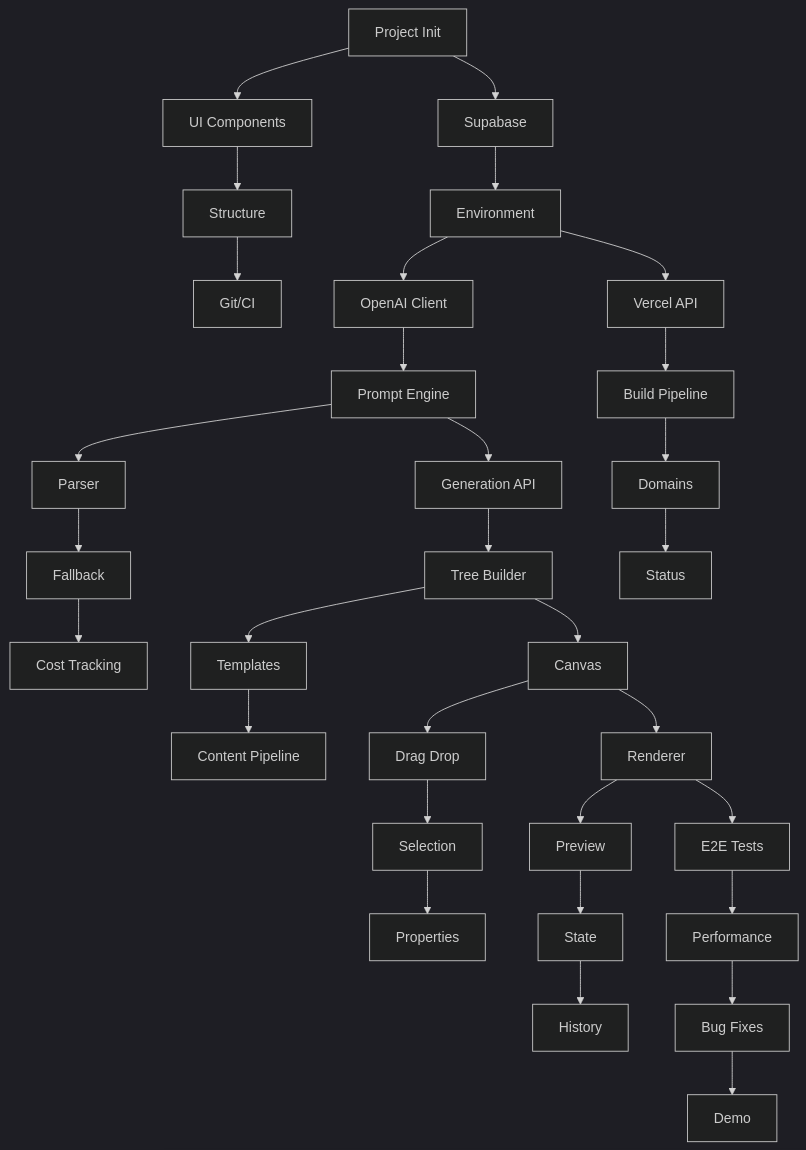
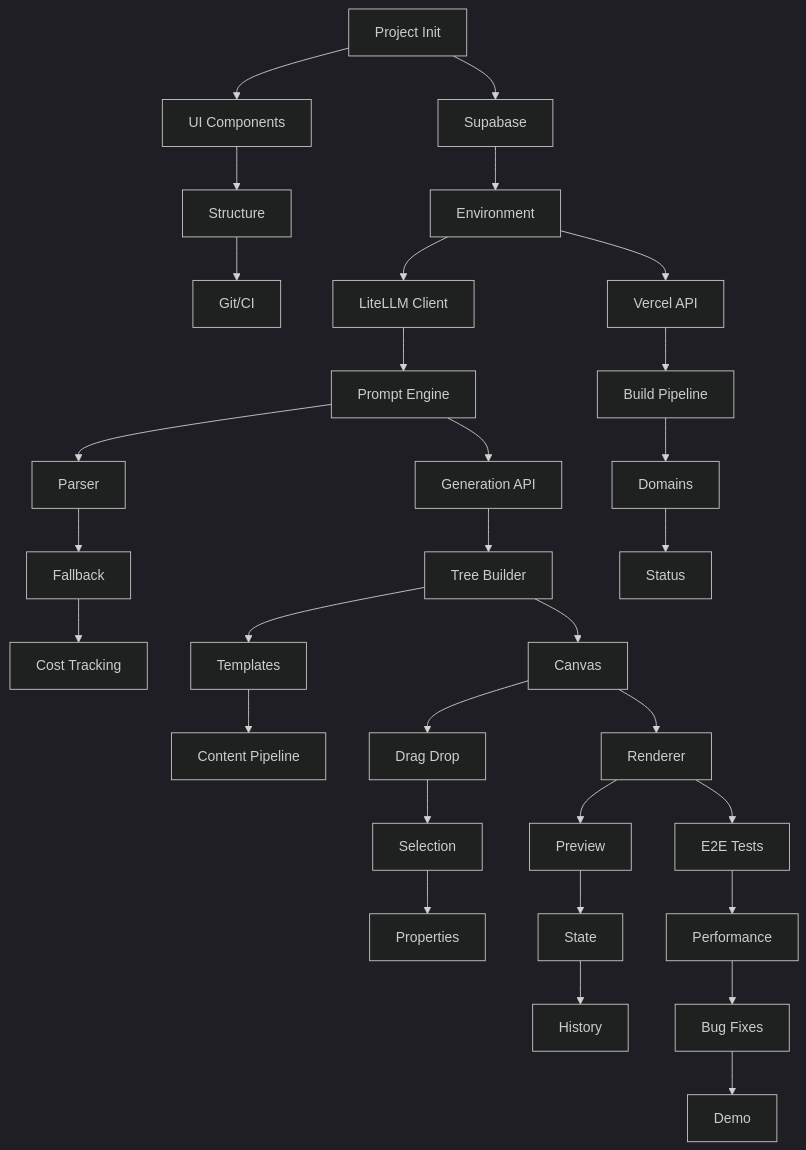
The diagram in task.md (robb-lee/aether), drawn with Mermaid (dark theme) before and after one commit. The commit also changed other lines of this file and 6 other files, not shown here.

````diff
--- a/task.md
+++ b/task.md
@@ -1866,39 +1964,39 @@
 ```mermaid
 graph TD
     T1.1[Project Init] --> T1.2[Supabase]
     T1.2 --> T1.3[Environment]
     T1.1 --> T1.4[UI Components]
     T1.4 --> T1.5[Structure]
     T1.5 --> T1.6[Git/CI]
     
-    T1.3 --> T2.1[OpenAI Client]
+    T1.3 --> T2.1[LiteLLM Client]
     T2.1 --> T2.2[Prompt Engine]
     T2.2 --> T2.3[Parser]
     T2.3 --> T2.4[Fallback]
     T2.4 --> T2.5[Cost Tracking]
     
     T2.2 --> T3.1[Generation API]
     T3.1 --> T3.2[Tree Builder]
     T3.2 --> T3.3[Templates]
     T3.3 --> T3.4[Content Pipeline]
     
     T3.2 --> T4.1[Canvas]
     T4.1 --> T4.2[Drag Drop]
     T4.2 --> T4.3[Selection]
     T4.3 --> T4.4[Properties]
     
     T4.1 --> T5.1[Renderer]
     T5.1 --> T5.2[Preview]
     T5.2 --> T5.3[State]
     T5.3 --> T5.4[History]
     
     T1.3 --> T6.1[Vercel API]
     T6.1 --> T6.2[Build Pipeline]
     T6.2 --> T6.3[Domains]
     T6.3 --> T6.4[Status]
     
     T5.1 --> T7.1[E2E Tests]
     T7.1 --> T7.2[Performance]
     T7.2 --> T7.3[Bug Fixes]
     T7.3 --> T7.4[Demo]
 ```
````
